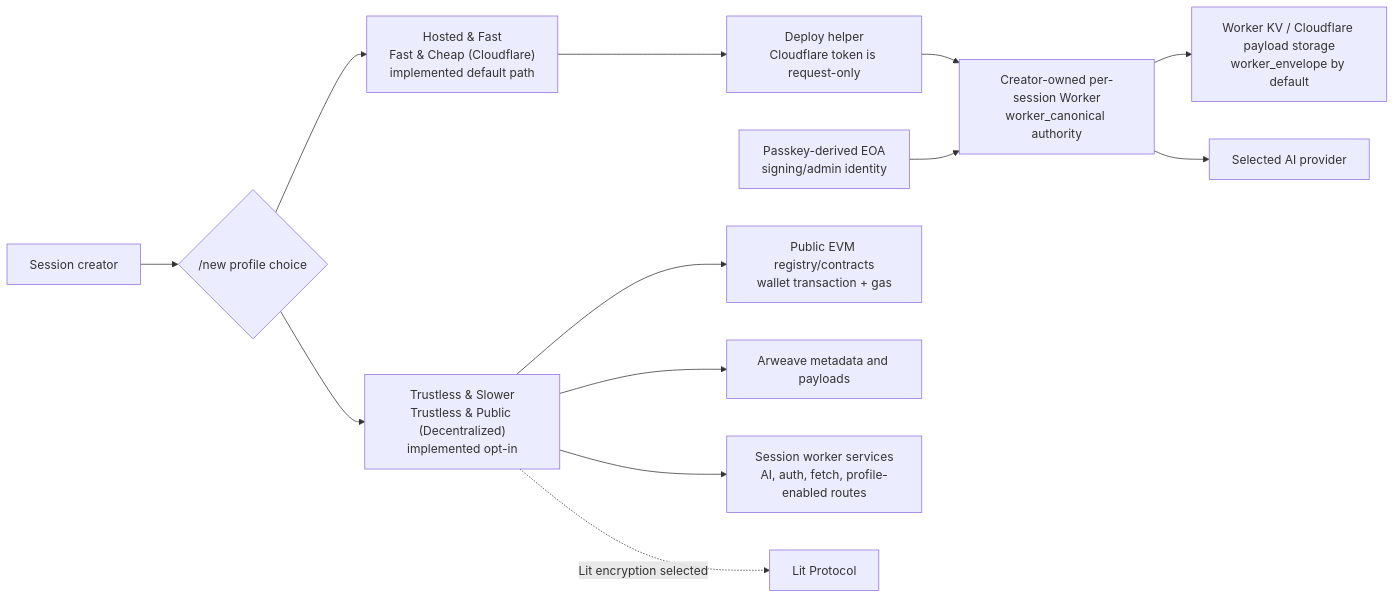
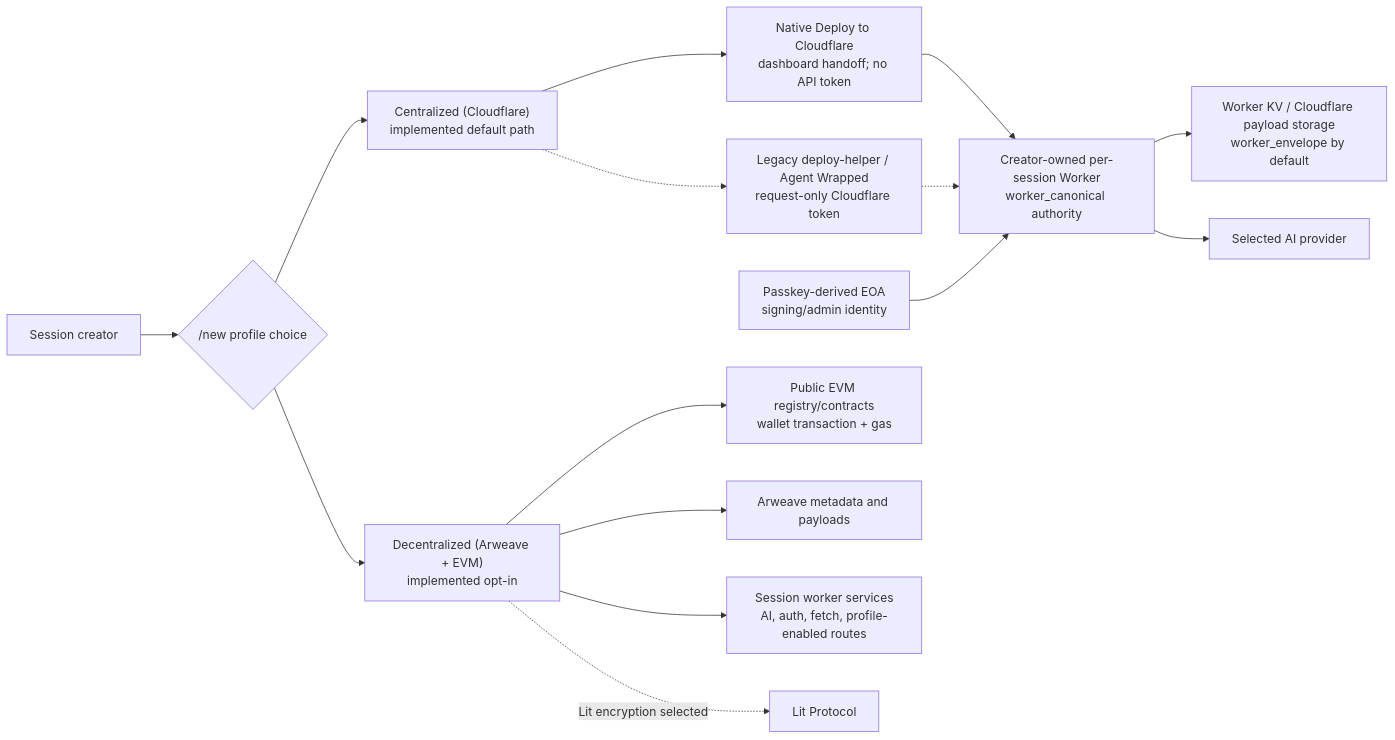
One commit to AgalmicSoftware/context-engine changed the first of 2 diagrams in ARCHITECTURE.md. Above: the diagram before and after it, drawn with Mermaid. The commit also changed other lines of this file and 13 other files, not shown here.

First line of the commit message:
docs: reconcile architecture and deployment guidance

````diff
--- a/ARCHITECTURE.md
+++ b/ARCHITECTURE.md
@@ -17,17 +17,19 @@
 ```mermaid
 flowchart LR
   Creator["Session creator"] --> Choice{"/new profile choice"}
-  Choice --> Hosted["Hosted & Fast<br/>Fast & Cheap (Cloudflare)<br/>implemented default path"]
-  Choice --> Trustless["Trustless & Slower<br/>Trustless & Public (Decentralized)<br/>implemented opt-in"]
+  Choice --> Hosted["Centralized (Cloudflare)<br/>implemented default path"]
+  Choice --> Trustless["Decentralized (Arweave + EVM)<br/>implemented opt-in"]
 
-  Hosted --> DeployHelper["Deploy helper<br/>Cloudflare token is request-only"]
-  DeployHelper --> Worker["Creator-owned per-session Worker<br/>worker_canonical authority"]
+  Hosted --> NativeDeploy["Native Deploy to Cloudflare<br/>dashboard handoff; no API token"]
+  NativeDeploy --> Worker["Creator-owned per-session Worker<br/>worker_canonical authority"]
+  Hosted -.-> LegacyHelper["Legacy deploy-helper / Agent Wrapped<br/>request-only Cloudflare token"]
+  LegacyHelper -.-> Worker
   Worker --> Cloudflare["Worker KV / Cloudflare payload storage<br/>worker_envelope by default"]
   Worker --> AI["Selected AI provider"]
   Passkey["Passkey-derived EOA<br/>signing/admin identity"] --> Worker
 
   Trustless --> EVM["Public EVM registry/contracts<br/>wallet transaction + gas"]
   Trustless --> Arweave["Arweave metadata and payloads"]
   Trustless --> WorkerServices["Session worker services<br/>AI, auth, fetch, profile-enabled routes"]
   Trustless -.->|Lit encryption selected| Lit["Lit Protocol"]
 ```
````
